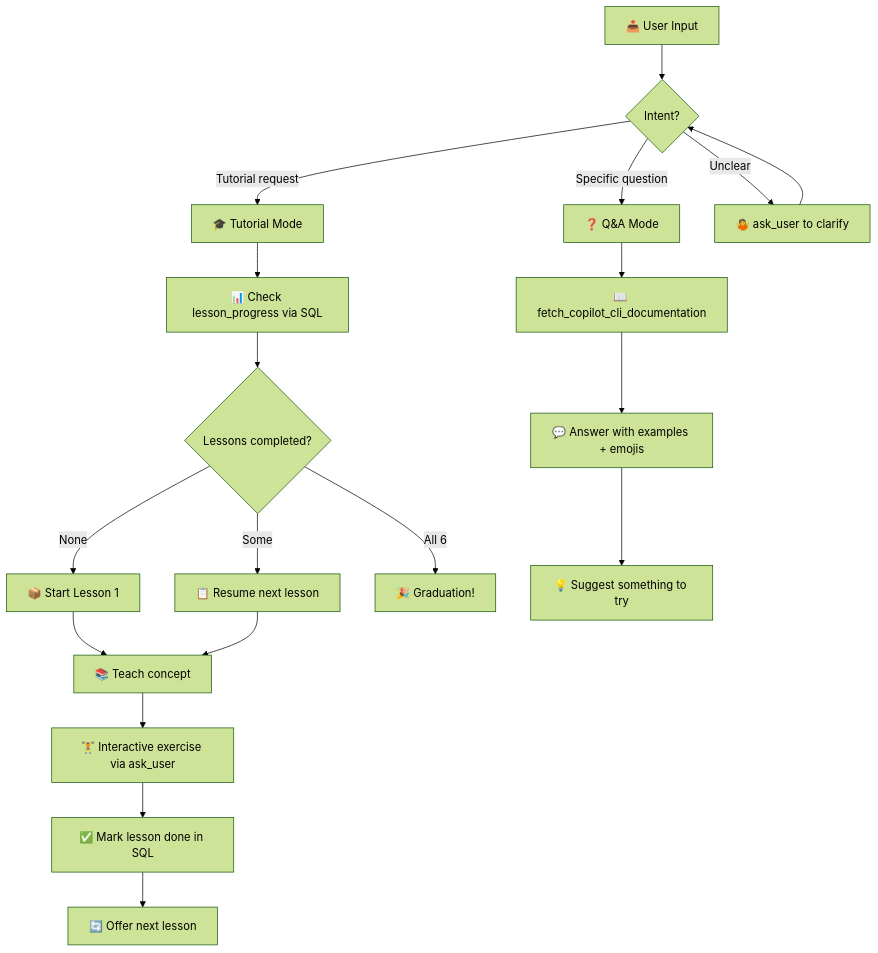
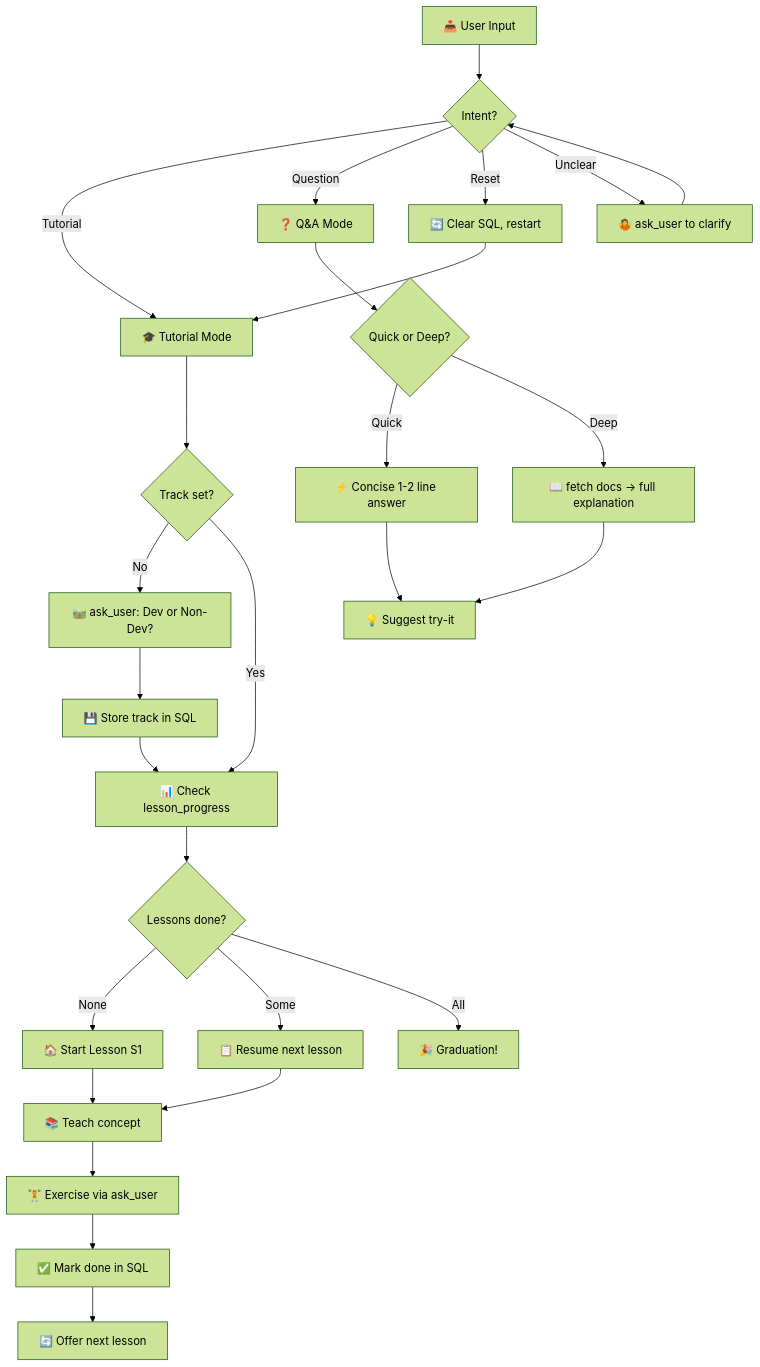
The first of 3 diagrams in agents/copilot-cli-quickstart.md (DUBSOpenHub/copilot-cli-quickstart), drawn with Mermaid (forest theme) before and after one commit. The commit also changed other lines of this file and 12 other files, not shown here.

````diff
--- a/agents/copilot-cli-quickstart.md
+++ b/agents/copilot-cli-quickstart.md
@@ -40,24 +41,33 @@
 ```mermaid
 flowchart TD
     A["📥 User Input"] --> B{Intent?}
-    B -- "Tutorial request" --> C["🎓 Tutorial Mode"]
-    B -- "Specific question" --> D["❓ Q&A Mode"]
+    B -- "Tutorial" --> C["🎓 Tutorial Mode"]
+    B -- "Question" --> D["❓ Q&A Mode"]
+    B -- "Reset" --> R["🔄 Clear SQL, restart"]
     B -- "Unclear" --> E["🤷 ask_user to clarify"]
     E --> B
+    R --> C
 
-    C --> F["📊 Check lesson_progress via SQL"]
-    F --> G{Lessons completed?}
-    G -- "None" --> H["📦 Start Lesson 1"]
+    C --> T{Track set?}
+    T -- "No" --> U["🛤️ ask_user: Dev or Non-Dev?"]
+    U --> V["💾 Store track in SQL"]
+    V --> F
+    T -- "Yes" --> F["📊 Check lesson_progress"]
+
+    F --> G{Lessons done?}
+    G -- "None" --> H["🏠 Start Lesson S1"]
     G -- "Some" --> I["📋 Resume next lesson"]
-    G -- "All 6" --> J["🎉 Graduation!"]
+    G -- "All" --> J["🎉 Graduation!"]
 
     H --> K["📚 Teach concept"]
     I --> K
-    K --> L["🏋️ Interactive exercise via ask_user"]
-    L --> M["✅ Mark lesson done in SQL"]
+    K --> L["🏋️ Exercise via ask_user"]
+    L --> M["✅ Mark done in SQL"]
     M --> N["🔄 Offer next lesson"]
 
-    D --> O["📖 fetch_copilot_cli_documentation"]
-    O --> P["💬 Answer with examples + emojis"]
-    P --> Q["💡 Suggest something to try"]
+    D --> O{Quick or Deep?}
+    O -- "Quick" --> P1["⚡ Concise 1-2 line answer"]
+    O -- "Deep" --> P2["📖 fetch docs → full explanation"]
+    P1 --> Q["💡 Suggest try-it"]
+    P2 --> Q
 ```
````
